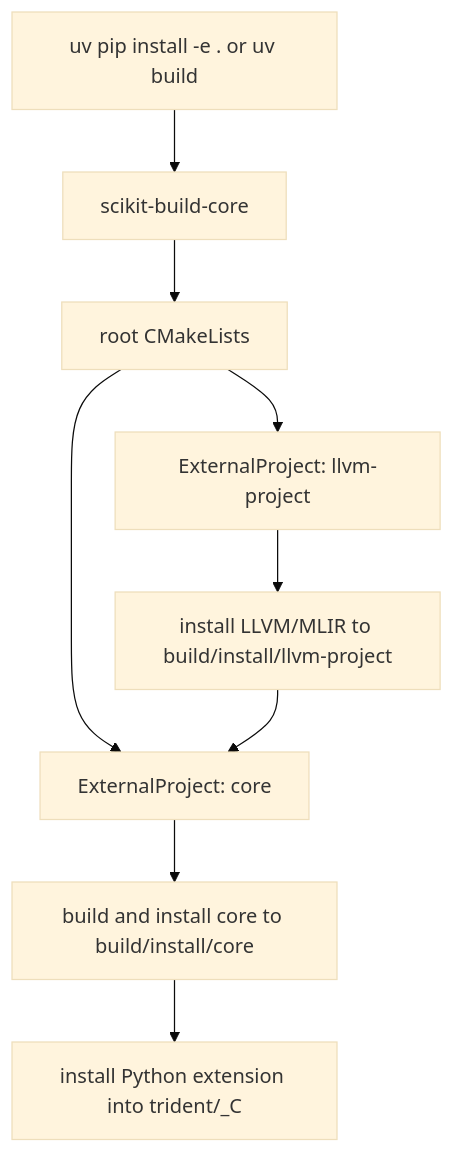
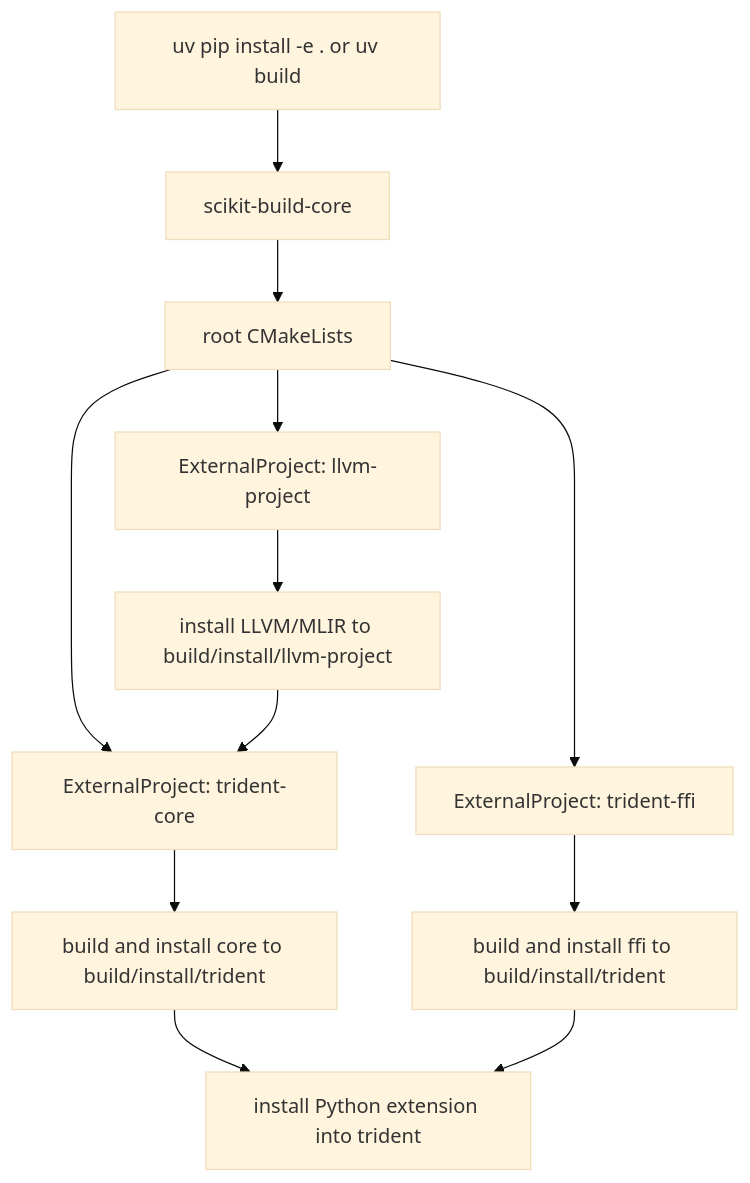
The first of 2 diagrams in docs/Architecture.md (sgjzfzzf/Trident), drawn with Mermaid (base theme) before and after one commit. The commit also changed other lines of this file and 3 other files, not shown here.

````diff
--- a/docs/Architecture.md
+++ b/docs/Architecture.md
@@ -24,11 +29,14 @@
 ```mermaid
 flowchart TD
   A[uv pip install -e . or uv build] --> B[scikit-build-core]
   B --> C[root CMakeLists]
   C --> D[ExternalProject: llvm-project]
-  C --> E[ExternalProject: core]
-  D --> F[install LLVM/MLIR to build/install/llvm-project]
-  F --> E
-  E --> G[build and install core to build/install/core]
-  G --> H[install Python extension into trident/_C]
+  C --> E[ExternalProject: trident-core]
+  C --> F[ExternalProject: trident-ffi]
+  D --> G[install LLVM/MLIR to build/install/llvm-project]
+  G --> E
+  E --> H[build and install core to build/install/trident]
+  F --> I[build and install ffi to build/install/trident]
+  H --> J[install Python extension into trident]
+  I --> J
 ```
````
